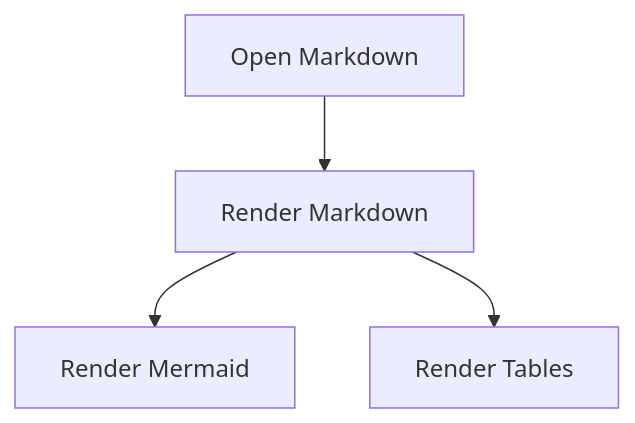
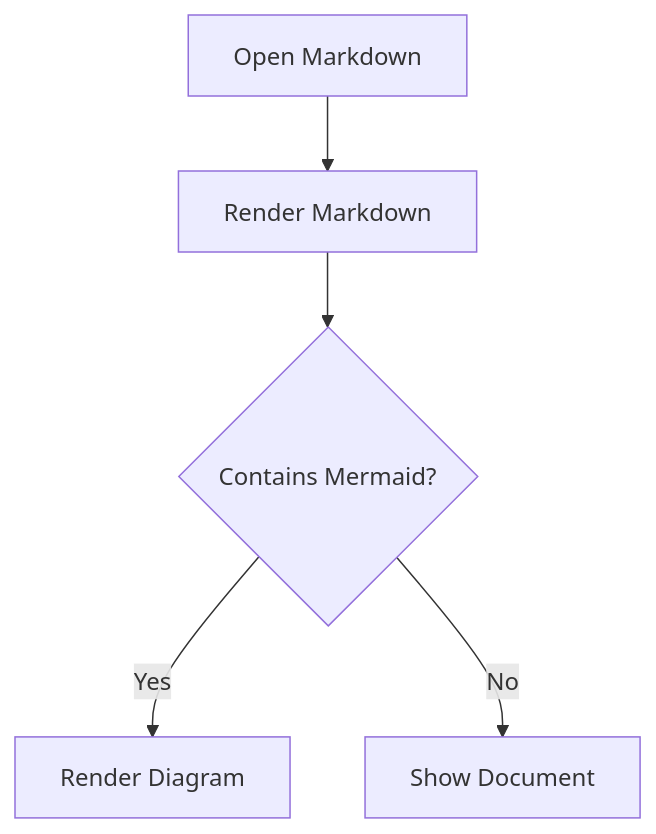
The diagram in sample/example.md (yhchiu/dev-file-viewer), drawn with Mermaid before and after one commit. The commit also changed other lines of this file and 13 other files, not shown here.

````diff
--- a/sample/example.md
+++ b/sample/example.md
@@ -17,6 +23,7 @@
 ```mermaid
-flowchart TD
+graph TD
   A[Open Markdown] --> B[Render Markdown]
-  B --> C[Render Mermaid]
-  B --> D[Render Tables]
+  B --> C{Contains Mermaid?}
+  C -->|Yes| D[Render Diagram]
+  C -->|No| E[Show Document]
 ```
````
